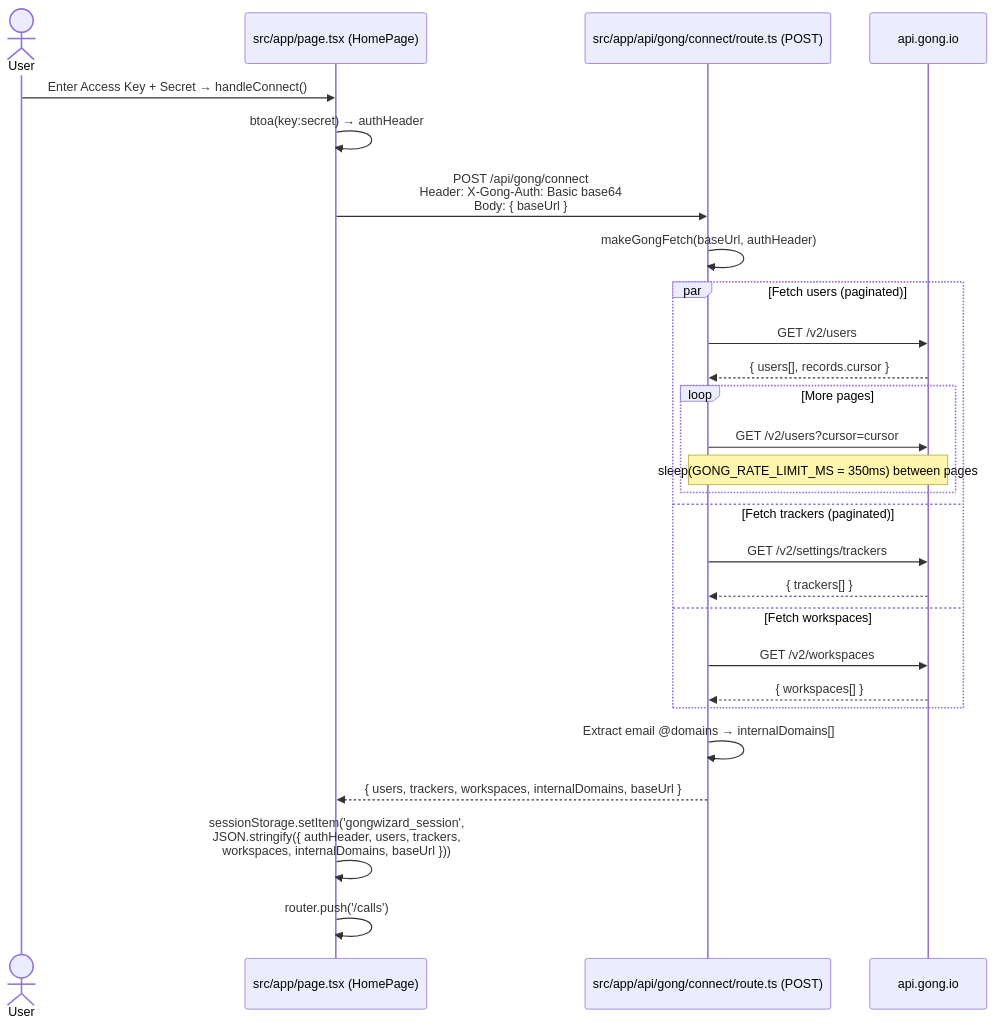
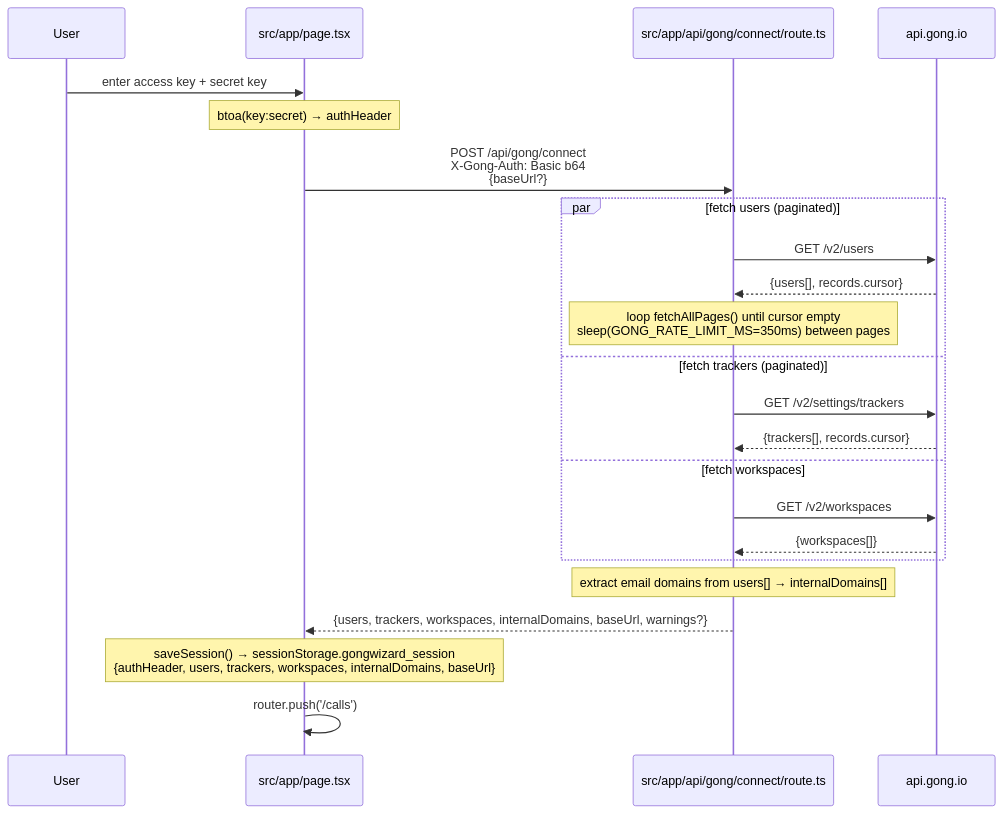
The second of 6 diagrams in docs/generated/data-flows.md (forrestmill-cmd/gongwizard), drawn with Mermaid before and after one commit. The commit also changed other lines of this file and 8 other files, not shown here.

````diff
--- a/docs/generated/data-flows.md
+++ b/docs/generated/data-flows.md
@@ -54,34 +67,29 @@
 ```mermaid
 sequenceDiagram
-    actor User
-    participant ConnectPage as src/app/page.tsx (HomePage)
-    participant ConnectRoute as src/app/api/gong/connect/route.ts (POST)
+    participant User
+    participant HomePage as src/app/page.tsx
+    participant ConnectAPI as src/app/api/gong/connect/route.ts
     participant GongAPI as api.gong.io
 
-    User->>ConnectPage: Enter Access Key + Secret → handleConnect()
-    ConnectPage->>ConnectPage: btoa(key:secret) → authHeader
-    ConnectPage->>ConnectRoute: POST /api/gong/connect<br/>Header: X-Gong-Auth: Basic base64<br/>Body: { baseUrl }
+    User->>HomePage: enter access key + secret key
+    Note over HomePage: btoa(key:secret) → authHeader
+    HomePage->>ConnectAPI: POST /api/gong/connect<br/>X-Gong-Auth: Basic b64<br/>{baseUrl?}
 
-    ConnectRoute->>ConnectRoute: makeGongFetch(baseUrl, authHeader)
-
-    par Fetch users (paginated)
-        ConnectRoute->>GongAPI: GET /v2/users
-        GongAPI-->>ConnectRoute: { users[], records.cursor }
-        loop More pages
-            ConnectRoute->>GongAPI: GET /v2/users?cursor=cursor
-            Note over ConnectRoute,GongAPI: sleep(GONG_RATE_LIMIT_MS = 350ms) between pages
-        end
-    and Fetch trackers (paginated)
-        ConnectRoute->>GongAPI: GET /v2/settings/trackers
-        GongAPI-->>ConnectRoute: { trackers[] }
-    and Fetch workspaces
-        ConnectRoute->>GongAPI: GET /v2/workspaces
-        GongAPI-->>ConnectRoute: { workspaces[] }
+    par fetch users (paginated)
+        ConnectAPI->>GongAPI: GET /v2/users
+        GongAPI-->>ConnectAPI: {users[], records.cursor}
+        Note over ConnectAPI: loop fetchAllPages() until cursor empty<br/>sleep(GONG_RATE_LIMIT_MS=350ms) between pages
+    and fetch trackers (paginated)
+        ConnectAPI->>GongAPI: GET /v2/settings/trackers
+        GongAPI-->>ConnectAPI: {trackers[], records.cursor}
+    and fetch workspaces
+        ConnectAPI->>GongAPI: GET /v2/workspaces
+        GongAPI-->>ConnectAPI: {workspaces[]}
     end
 
-    ConnectRoute->>ConnectRoute: Extract email @domains → internalDomains[]
-    ConnectRoute-->>ConnectPage: { users, trackers, workspaces, internalDomains, baseUrl }
+    Note over ConnectAPI: extract email domains from users[] → internalDomains[]
+    ConnectAPI-->>HomePage: {users, trackers, workspaces, internalDomains, baseUrl, warnings?}
 
-    ConnectPage->>ConnectPage: sessionStorage.setItem('gongwizard_session',<br/>JSON.stringify({ authHeader, users, trackers,<br/>workspaces, internalDomains, baseUrl }))
-    ConnectPage->>ConnectPage: router.push('/calls')
+    Note over HomePage: saveSession() → sessionStorage.gongwizard_session<br/>{authHeader, users, trackers, workspaces, internalDomains, baseUrl}
+    HomePage->>HomePage: router.push('/calls')
 ```
````
